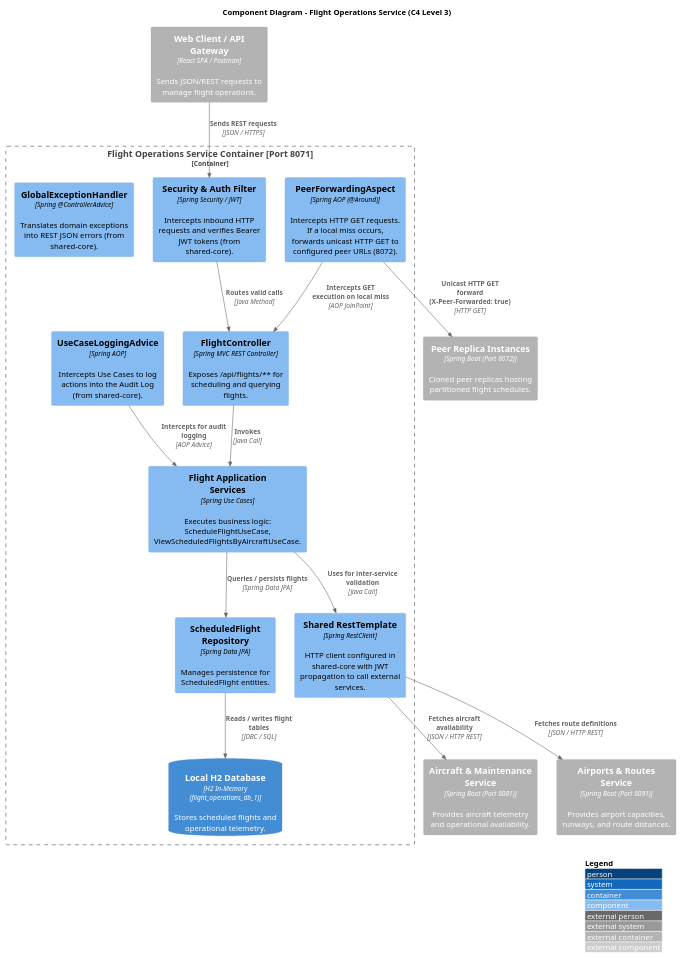
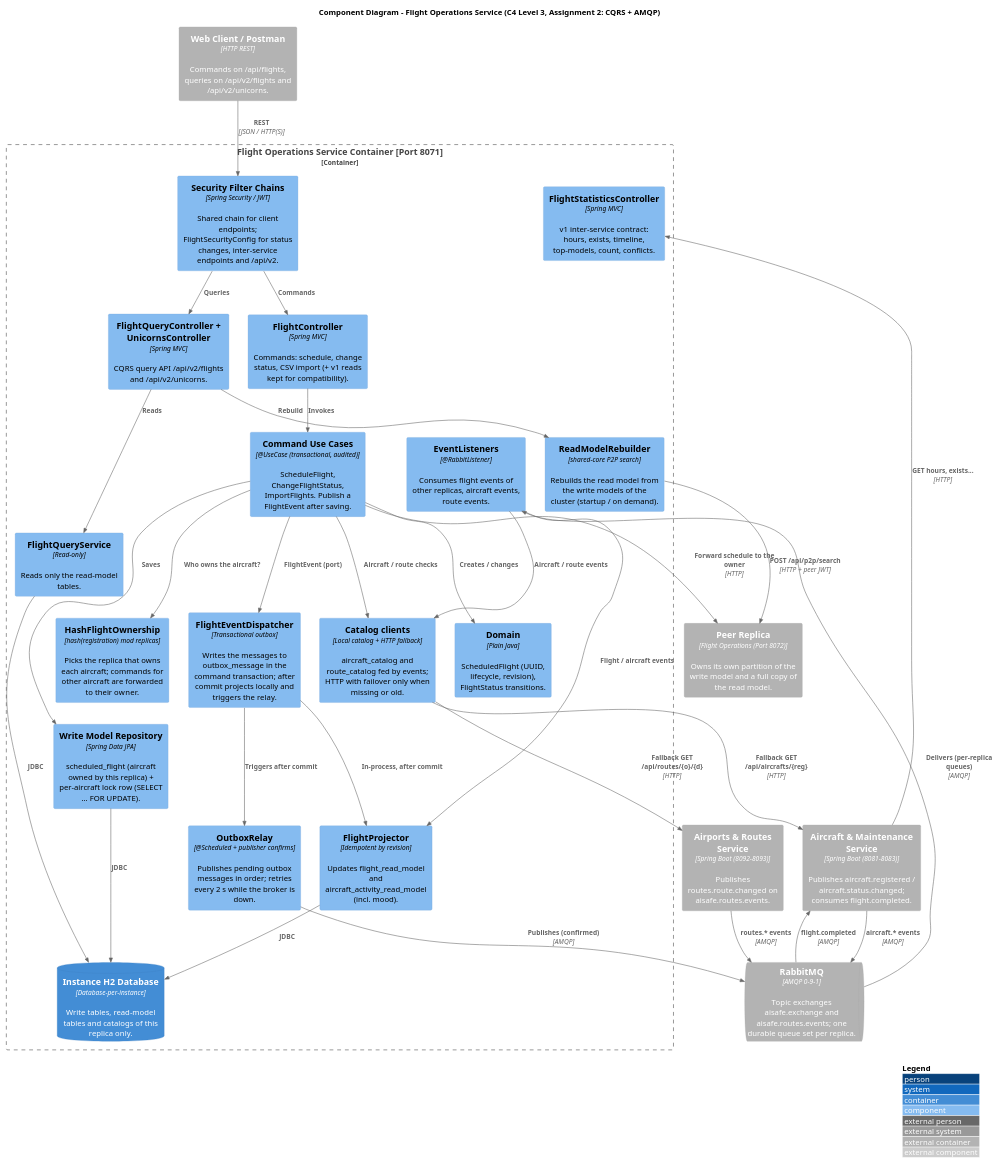
Before and after one commit to pedroguilherme-web/SISDIS_5_2DB: the diagram in design/diagrams/c4/_level3/_components_flight_operations.puml, drawn with PlantUML. The commit also changed 150 other files, not shown here.

Commit message:
feat(flight-operations): Assignment 2 implementation with CQRS, AMQP outbox, and replica locking

```diff
--- a/design/diagrams/c4/_level3/_components_flight_operations.puml
+++ b/design/diagrams/c4/_level3/_components_flight_operations.puml
@@ -1,50 +1,68 @@
 @startuml _components_flight_operations
 !include <C4/C4_Component>
 
 LAYOUT_WITH_LEGEND()
 
-title Component Diagram - Flight Operations Service (C4 Level 3)
+title Component Diagram - Flight Operations Service (C4 Level 3, Assignment 2: CQRS + AMQP)
 
-Container_Ext(spa, "Web Client / API Gateway", "React SPA / Postman", "Sends JSON/REST requests to manage flight operations.")
-Container_Ext(peer_instance, "Peer Replica Instances", "Spring Boot (Port 8072)", "Cloned peer replicas hosting partitioned flight schedules.")
-Container_Ext(aircraft_service, "Aircraft & Maintenance Service", "Spring Boot (Port 8081)", "Provides aircraft telemetry and operational availability.")
-Container_Ext(route_service, "Airports & Routes Service", "Spring Boot (Port 8091)", "Provides airport capacities, runways, and route distances.")
+Container_Ext(spa, "Web Client / Postman", "HTTP REST", "Commands on /api/flights, queries on /api/v2/flights and /api/v2/unicorns.")
+Container_Ext(peer_instance, "Peer Replica", "Flight Operations (Port 8072)", "Owns its own partition of the write model and a full copy of the read model.")
+Container_Ext(aircraft_service, "Aircraft & Maintenance Service", "Spring Boot (8081-8083)", "Publishes aircraft.registered / aircraft.status.changed; consumes flight.completed.")
+Container_Ext(route_service, "Airports & Routes Service", "Spring Boot (8092-8093)", "Publishes routes.route.changed on aisafe.routes.events.")
+ContainerQueue_Ext(broker, "RabbitMQ", "AMQP 0-9-1", "Topic exchanges aisafe.exchange and aisafe.routes.events; one durable queue set per replica.")
 
 Container_Boundary(fo_container, "Flight Operations Service Container [Port 8071]") {
 
-    Component(security_filter, "Security & Auth Filter", "Spring Security / JWT", "Intercepts inbound HTTP requests and verifies Bearer JWT tokens (from shared-core).")
+    Component(security_filter, "Security Filter Chains", "Spring Security / JWT", "Shared chain for client endpoints; FlightSecurityConfig for status changes, inter-service endpoints and /api/v2.")
 
-    Component(flight_ctrl, "FlightController", "Spring MVC REST Controller", "Exposes /api/flights/** for scheduling and querying flights.")
+    Component(command_api, "FlightController", "Spring MVC", "Commands: schedule, change status, CSV import (+ v1 reads kept for compatibility).")
+    Component(stats_api, "FlightStatisticsController", "Spring MVC", "v1 inter-service contract: hours, exists, timeline, top-models, count, conflicts.")
+    Component(query_api, "FlightQueryController + UnicornsController", "Spring MVC", "CQRS query API /api/v2/flights and /api/v2/unicorns.")
 
-    Component(forwarding_aspect, "PeerForwardingAspect", "Spring AOP (@Around)", "Intercepts HTTP GET requests. If a local miss occurs, forwards unicast HTTP GET to configured peer URLs (8072).")
+    Component(usecases, "Command Use Cases", "@UseCase (transactional, audited)", "ScheduleFlight, ChangeFlightStatus, ImportFlights. Publish a FlightEvent after saving.")
+    Component(domain, "Domain", "Plain Java", "ScheduledFlight (UUID, lifecycle, revision), FlightStatus transitions.")
+    Component(write_repo, "Write Model Repository", "Spring Data JPA", "scheduled_flight (aircraft owned by this replica) + per-aircraft lock row (SELECT ... FOR UPDATE).")
 
-    Component(flight_usecases, "Flight Application Services", "Spring Use Cases", "Executes business logic: ScheduleFlightUseCase, ViewScheduledFlightsByAircraftUseCase.")
+    Component(dispatcher, "FlightEventDispatcher", "Transactional outbox", "Writes the messages to outbox_message in the command transaction; after commit projects locally and triggers the relay.")
+    Component(relay, "OutboxRelay", "@Scheduled + publisher confirms", "Publishes pending outbox messages in order; retries every 2 s while the broker is down.")
+    Component(ownership, "HashFlightOwnership", "hash(registration) mod replicas", "Picks the replica that owns each aircraft; commands for other aircraft are forwarded to their owner.")
+    Component(listeners, "EventListeners", "@RabbitListener", "Consumes flight events of other replicas, aircraft events, route events.")
+    Component(projector, "FlightProjector", "Idempotent by revision", "Updates flight_read_model and aircraft_activity_read_model (incl. mood).")
+    Component(query_service, "FlightQueryService", "Read-only", "Reads only the read-model tables.")
+    Component(rebuilder, "ReadModelRebuilder", "shared-core P2P search", "Rebuilds the read model from the write models of the cluster (startup / on demand).")
 
-    Component(rest_template, "Shared RestTemplate", "Spring RestClient", "HTTP client configured in shared-core with JWT propagation to call external services.")
+    Component(catalog, "Catalog clients", "Local catalog + HTTP fallback", "aircraft_catalog and route_catalog fed by events; HTTP with failover only when missing or old.")
 
-    Component(flight_repo, "ScheduledFlight Repository", "Spring Data JPA", "Manages persistence for ScheduledFlight entities.")
-
-    Component(audit_aspect, "UseCaseLoggingAdvice", "Spring AOP", "Intercepts Use Cases to log actions into the Audit Log (from shared-core).")
-
-    Component(ex_handler, "GlobalExceptionHandler", "Spring @ControllerAdvice", "Translates domain exceptions into REST JSON errors (from shared-core).")
-
-    ContainerDb(local_db, "Local H2 Database", "H2 In-Memory (flight_operations_db_1)", "Stores scheduled flights and operational telemetry.")
+    ContainerDb(local_db, "Instance H2 Database", "Database-per-instance", "Write tables, read-model tables and catalogs of this replica only.")
 }
 
-Rel(spa, security_filter, "Sends REST requests", "JSON / HTTPS")
-Rel(security_filter, flight_ctrl, "Routes valid calls", "Java Method")
+Rel(spa, security_filter, "REST", "JSON / HTTP(S)")
+Rel(security_filter, command_api, "Commands")
+Rel(security_filter, query_api, "Queries")
+Rel(aircraft_service, stats_api, "GET hours, exists...", "HTTP")
 
-Rel(forwarding_aspect, flight_ctrl, "Intercepts GET execution on local miss", "AOP JoinPoint")
-Rel(forwarding_aspect, peer_instance, "Unicast HTTP GET forward (X-Peer-Forwarded: true)", "HTTP GET")
-
-Rel(flight_ctrl, flight_usecases, "Invokes", "Java Call")
-Rel(flight_usecases, rest_template, "Uses for inter-service validation", "Java Call")
-
-Rel(rest_template, aircraft_service, "Fetches aircraft availability", "JSON / HTTP REST")
-Rel(rest_template, route_service, "Fetches route definitions", "JSON / HTTP REST")
-
-Rel(flight_usecases, flight_repo, "Queries / persists flights", "Spring Data JPA")
-Rel(flight_repo, local_db, "Reads / writes flight tables", "JDBC / SQL")
-
-Rel(audit_aspect, flight_usecases, "Intercepts for audit logging", "AOP Advice")
+Rel(command_api, usecases, "Invokes")
+Rel(usecases, domain, "Creates / changes")
+Rel(usecases, write_repo, "Saves")
+Rel(usecases, catalog, "Aircraft / route checks")
+Rel(usecases, dispatcher, "FlightEvent (port)")
+Rel(dispatcher, projector, "In-process, after commit")
+Rel(dispatcher, relay, "Triggers after commit")
+Rel(relay, broker, "Publishes (confirmed)", "AMQP")
+Rel(usecases, ownership, "Who owns the aircraft?")
+Rel(usecases, peer_instance, "Forward schedule to the owner", "HTTP")
+Rel(broker, listeners, "Delivers (per-replica queues)", "AMQP")
+Rel(listeners, projector, "Flight / aircraft events")
+Rel(listeners, catalog, "Aircraft / route events")
+Rel(query_api, query_service, "Reads")
+Rel(query_api, rebuilder, "Rebuild")
+Rel(rebuilder, peer_instance, "POST /api/p2p/search", "HTTP + peer JWT")
+Rel(catalog, aircraft_service, "Fallback GET /api/aircrafts/{reg}", "HTTP")
+Rel(catalog, route_service, "Fallback GET /api/routes/{o}/{d}", "HTTP")
+Rel(aircraft_service, broker, "aircraft.* events", "AMQP")
+Rel(route_service, broker, "routes.* events", "AMQP")
+Rel(broker, aircraft_service, "flight.completed", "AMQP")
+Rel(write_repo, local_db, "JDBC")
+Rel(projector, local_db, "JDBC")
+Rel(query_service, local_db, "JDBC")
 @enduml
```
